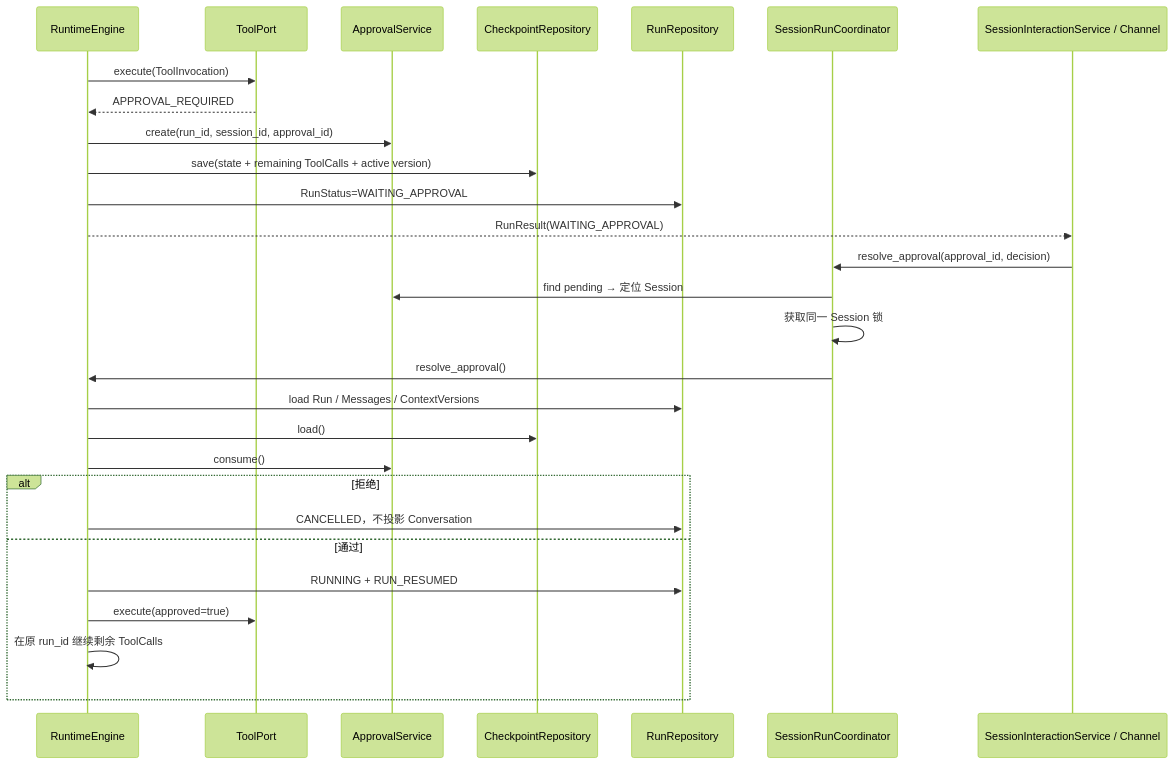
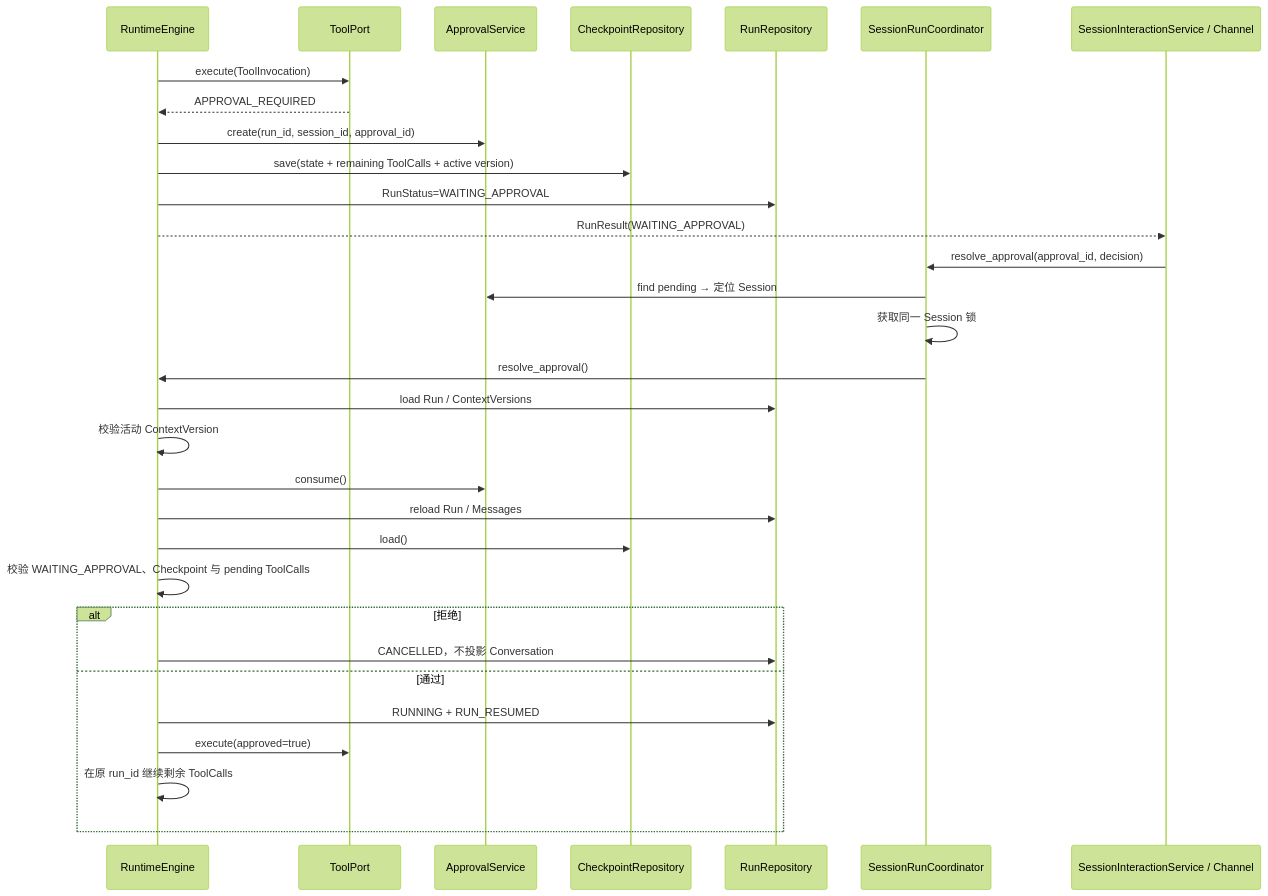
The tenth of 14 diagrams in docs/wiki/Runtime 模块总体说明.md (aandbcct/dotClaw), drawn with Mermaid (forest theme) before and after one commit. The commit also changed other lines of this file and 8 other files, not shown here.

````diff
--- a/docs/wiki/Runtime 模块总体说明.md
+++ b/docs/wiki/Runtime 模块总体说明.md
@@ -1366,33 +1371,36 @@
 ```mermaid
 sequenceDiagram
     participant Engine as RuntimeEngine
     participant Tool as ToolPort
     participant Approval as ApprovalService
     participant Checkpoint as CheckpointRepository
     participant RunRepo as RunRepository
     participant Coord as SessionRunCoordinator
     participant Entry as SessionInteractionService / Channel
 
     Engine->>Tool: execute(ToolInvocation)
     Tool-->>Engine: APPROVAL_REQUIRED
     Engine->>Approval: create(run_id, session_id, approval_id)
     Engine->>Checkpoint: save(state + remaining ToolCalls + active version)
     Engine->>RunRepo: RunStatus=WAITING_APPROVAL
     Engine-->>Entry: RunResult(WAITING_APPROVAL)
 
     Entry->>Coord: resolve_approval(approval_id, decision)
     Coord->>Approval: find pending → 定位 Session
     Coord->>Coord: 获取同一 Session 锁
     Coord->>Engine: resolve_approval()
 
-    Engine->>RunRepo: load Run / Messages / ContextVersions
+    Engine->>RunRepo: load Run / ContextVersions
+    Engine->>Engine: 校验活动 ContextVersion
+    Engine->>Approval: consume()
+    Engine->>RunRepo: reload Run / Messages
     Engine->>Checkpoint: load()
-    Engine->>Approval: consume()
+    Engine->>Engine: 校验 WAITING_APPROVAL、Checkpoint 与 pending ToolCalls
     alt 拒绝
         Engine->>RunRepo: CANCELLED，不投影 Conversation
     else 通过
         Engine->>RunRepo: RUNNING + RUN_RESUMED
         Engine->>Tool: execute(approved=true)
         Engine->>Engine: 在原 run_id 继续剩余 ToolCalls
     end
 ```
````
